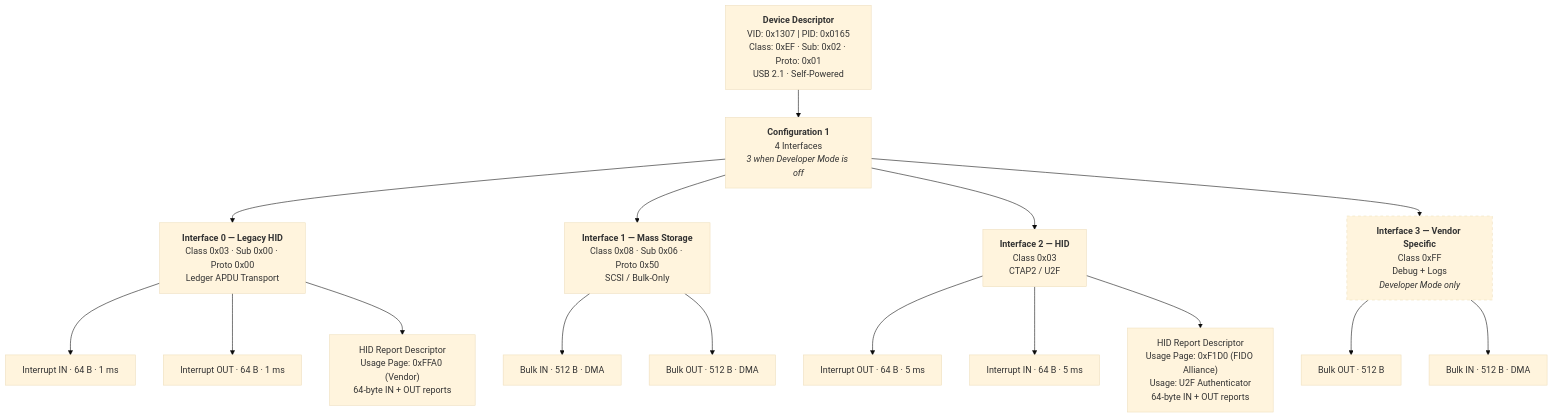
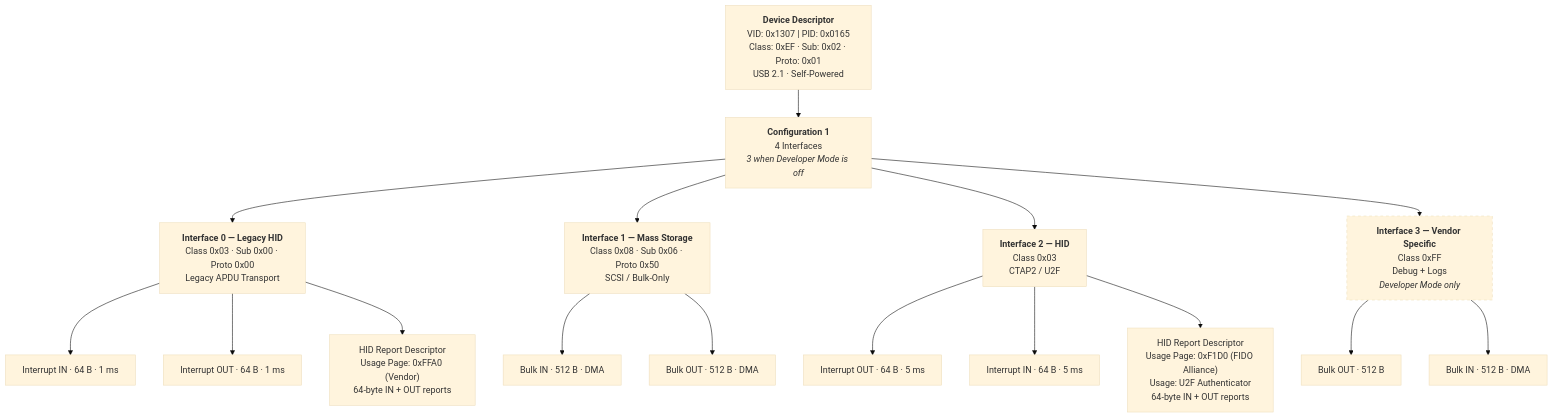
One commit to Foundation-Devices/KeyOS changed the first of 4 diagrams in docs/usb-architecture.md. Above: the diagram before and after it, drawn with Mermaid (base theme). The commit also changed other lines of this file and 128 other files, not shown here.

````diff
--- a/docs/usb-architecture.md
+++ b/docs/usb-architecture.md
@@ -28,45 +28,45 @@
 ```mermaid
 graph TD
     DEV["<b>Device Descriptor</b><br/>VID: 0x1307 | PID: 0x0165<br/>Class: 0xEF · Sub: 0x02 · Proto: 0x01<br/>USB 2.1 · Self-Powered"]
     CFG["<b>Configuration 1</b><br/>4 Interfaces<br/><i>3 when Developer Mode is off</i>"]
 
     DEV --> CFG
 
-    IF0["<b>Interface 0 — Legacy HID</b><br/>Class 0x03 · Sub 0x00 · Proto 0x00<br/>Ledger APDU Transport"]
+    IF0["<b>Interface 0 — Legacy HID</b><br/>Class 0x03 · Sub 0x00 · Proto 0x00<br/>Legacy APDU Transport"]
     IF1["<b>Interface 1 — Mass Storage</b><br/>Class 0x08 · Sub 0x06 · Proto 0x50<br/>SCSI / Bulk-Only"]
     IF2["<b>Interface 2 — HID</b><br/>Class 0x03<br/>CTAP2 / U2F"]
     IF3["<b>Interface 3 — Vendor Specific</b><br/>Class 0xFF<br/>Debug + Logs<br/><i>Developer Mode only</i>"]
 
     CFG --> IF0
     CFG --> IF1
     CFG --> IF2
     CFG --> IF3
 
     LEP_IN["Interrupt IN · 64 B · 1 ms"]
     LEP_OUT["Interrupt OUT · 64 B · 1 ms"]
     IF0 --> LEP_IN
     IF0 --> LEP_OUT
 
     LHID["HID Report Descriptor<br/>Usage Page: 0xFFA0 (Vendor)<br/>64-byte IN + OUT reports"]
     IF0 --> LHID
 
     EP_MS_IN["Bulk IN · 512 B · DMA"]
     EP_MS_OUT["Bulk OUT · 512 B · DMA"]
     IF1 --> EP_MS_IN
     IF1 --> EP_MS_OUT
 
     EP_CTAP_OUT["Interrupt OUT · 64 B · 5 ms"]
     EP_CTAP_IN["Interrupt IN · 64 B · 5 ms"]
     IF2 --> EP_CTAP_OUT
     IF2 --> EP_CTAP_IN
 
     HID["HID Report Descriptor<br/>Usage Page: 0xF1D0 (FIDO Alliance)<br/>Usage: U2F Authenticator<br/>64-byte IN + OUT reports"]
     IF2 --> HID
 
     EP_DBG_OUT["Bulk OUT · 512 B"]
     EP_DBG_IN["Bulk IN · 512 B · DMA"]
     IF3 --> EP_DBG_OUT
     IF3 --> EP_DBG_IN
 
     style IF3 stroke-dasharray: 5 5
 ```
````
